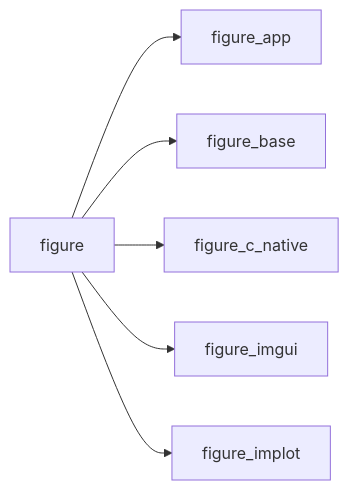
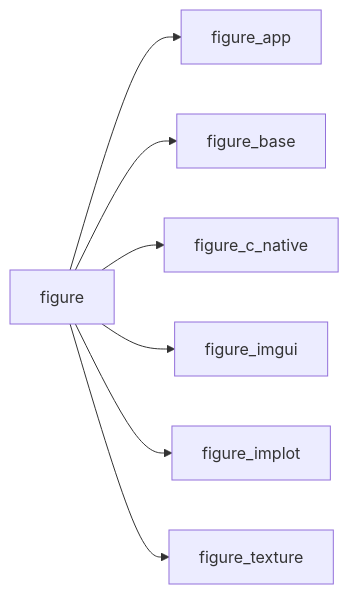
One commit to szaghi/figure changed the diagram in docs/api/src/lib/figure.md. Above: the diagram before and after it, drawn with Mermaid. The commit also changed other lines of this file and 30 other files, not shown here.

````diff
--- a/docs/api/src/lib/figure.md
+++ b/docs/api/src/lib/figure.md
@@ -16,8 +17,9 @@
 ```mermaid
 graph LR
   figure["figure"] --> figure_app["figure_app"]
   figure["figure"] --> figure_base["figure_base"]
   figure["figure"] --> figure_c_native["figure_c_native"]
   figure["figure"] --> figure_imgui["figure_imgui"]
   figure["figure"] --> figure_implot["figure_implot"]
+  figure["figure"] --> figure_texture["figure_texture"]
 ```
````
